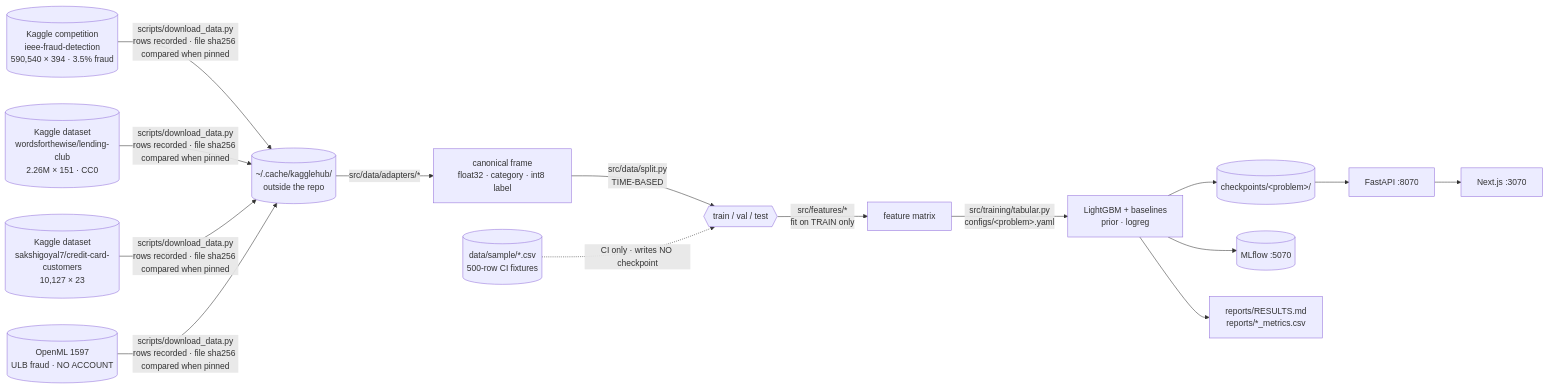
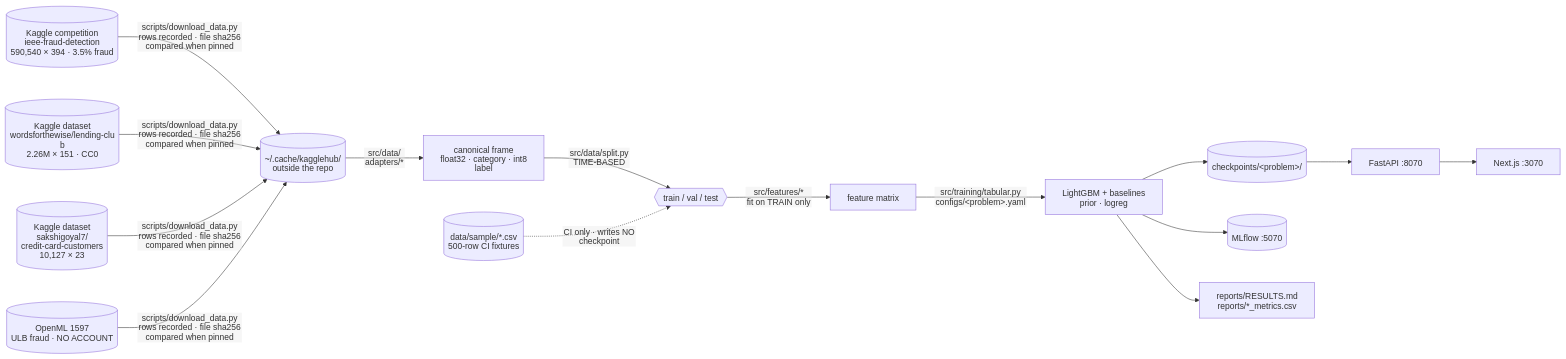
The third of 3 diagrams in docs/architecture.md (armandogon94/Portfolio-ML-System), drawn with Mermaid before and after one commit. The commit also changed other lines of this file and 11 other files, not shown here.

First line of the commit message:
docs(diagrams): render labels as SVG text so no glyph is clipped

````diff
--- a/docs/architecture.md
+++ b/docs/architecture.md
@@ -104,17 +102,18 @@
 ```mermaid
+%%{init: {'htmlLabels': false, 'fontFamily': 'arial, helvetica, sans-serif', 'flowchart': {'htmlLabels': false, 'padding': 16, 'nodeSpacing': 60, 'rankSpacing': 70, 'useMaxWidth': true}}}%%
 flowchart LR
     K1[("Kaggle competition<br/>ieee-fraud-detection<br/>590,540 × 394 · 3.5% fraud")]
     K2[("Kaggle dataset<br/>wordsforthewise/lending-club<br/>2.26M × 151 · CC0")]
-    K3[("Kaggle dataset<br/>sakshigoyal7/credit-card-customers<br/>10,127 × 23")]
+    K3[("Kaggle dataset<br/>sakshigoyal7/<br/>credit-card-customers<br/>10,127 × 23")]
     OML[("OpenML 1597<br/>ULB fraud · NO ACCOUNT")]
-    K1 & K2 & K3 & OML -->|"scripts/download_data.py<br/>rows recorded · file sha256 compared when pinned"| C[("~/.cache/kagglehub/<br/>outside the repo")]
-    C -->|"src/data/adapters/*"| P["canonical frame<br/>float32 · category · int8 label"]
+    K1 & K2 & K3 & OML -->|"scripts/download_data.py<br/>rows recorded · file sha256<br/>compared when pinned"| C[("~/.cache/kagglehub/<br/>outside the repo")]
+    C -->|"src/data/<br/>adapters/*"| P["canonical frame<br/>float32 · category · int8 label"]
     P -->|"src/data/split.py<br/>TIME-BASED"| T{{"train / val / test"}}
     T -->|"src/features/*<br/>fit on TRAIN only"| X["feature matrix"]
     X -->|"src/training/tabular.py<br/>configs/&lt;problem&gt;.yaml"| MDL["LightGBM + baselines<br/>prior · logreg"]
     MDL --> CK[("checkpoints/&lt;problem&gt;/")]
     MDL --> ML[("MLflow :5070")]
     MDL --> RES["reports/RESULTS.md<br/>reports/*_metrics.csv"]
     CK --> API["FastAPI :8070"] --> WEB["Next.js :3070"]
     SMP[("data/sample/*.csv<br/>500-row CI fixtures")] -.->|"CI only · writes NO checkpoint"| T
 ```
````
